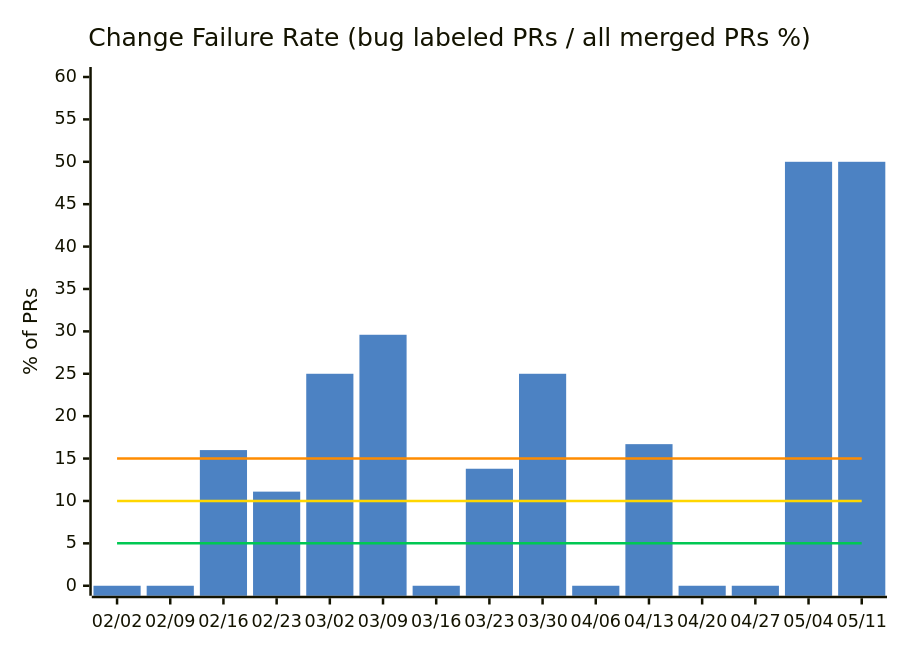
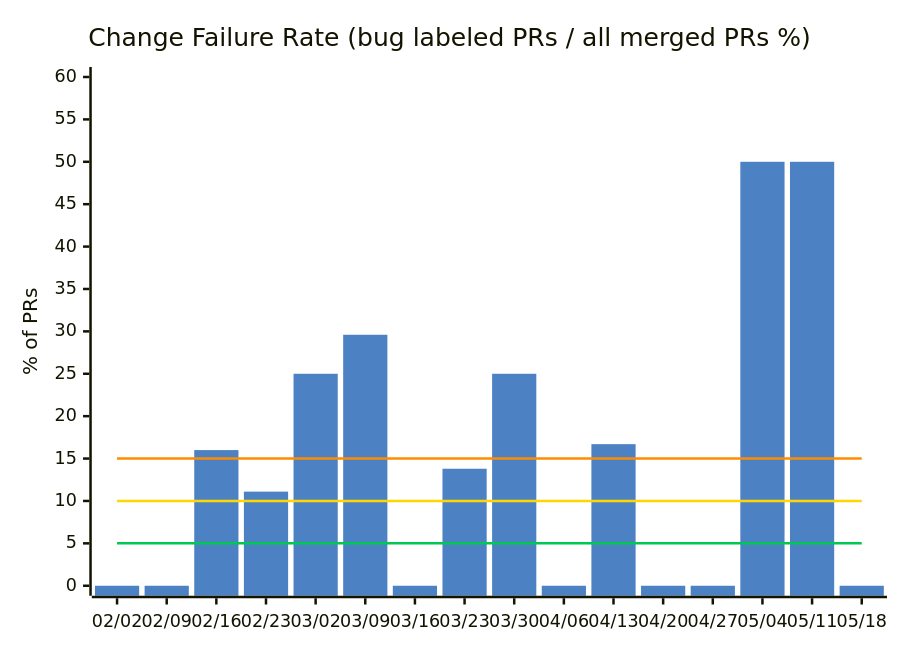
The third of 14 diagrams in docs/metrics.md (nablarch/nabledge-dev), drawn with Mermaid before and after one commit. The commit also changed other lines of this file and 2 other files, not shown here.

````diff
--- a/docs/metrics.md
+++ b/docs/metrics.md
@@ -61,11 +61,11 @@
 ```mermaid
 %%{init: {'theme': 'base', 'themeVariables': {'xyChart': {'plotColorPalette': '#4C82C3,#00C853,#FFD600,#FF8C00'}}}}%%
 xychart-beta
   title "Change Failure Rate (bug labeled PRs / all merged PRs %)"
-  x-axis ["02/02", "02/09", "02/16", "02/23", "03/02", "03/09", "03/16", "03/23", "03/30", "04/06", "04/13", "04/20", "04/27", "05/04", "05/11"]
+  x-axis ["02/02", "02/09", "02/16", "02/23", "03/02", "03/09", "03/16", "03/23", "03/30", "04/06", "04/13", "04/20", "04/27", "05/04", "05/11", "05/18"]
   y-axis "% of PRs" 0 --> 60
-  bar [0, 0, 16, 11.1, 25, 29.6, 0, 13.8, 25, 0, 16.7, 0, 0, 50, 50]
-  line [5, 5, 5, 5, 5, 5, 5, 5, 5, 5, 5, 5, 5, 5, 5]
-  line [10, 10, 10, 10, 10, 10, 10, 10, 10, 10, 10, 10, 10, 10, 10]
-  line [15, 15, 15, 15, 15, 15, 15, 15, 15, 15, 15, 15, 15, 15, 15]
+  bar [0, 0, 16, 11.1, 25, 29.6, 0, 13.8, 25, 0, 16.7, 0, 0, 50, 50, 0]
+  line [5, 5, 5, 5, 5, 5, 5, 5, 5, 5, 5, 5, 5, 5, 5, 5]
+  line [10, 10, 10, 10, 10, 10, 10, 10, 10, 10, 10, 10, 10, 10, 10, 10]
+  line [15, 15, 15, 15, 15, 15, 15, 15, 15, 15, 15, 15, 15, 15, 15, 15]
 ```
````
